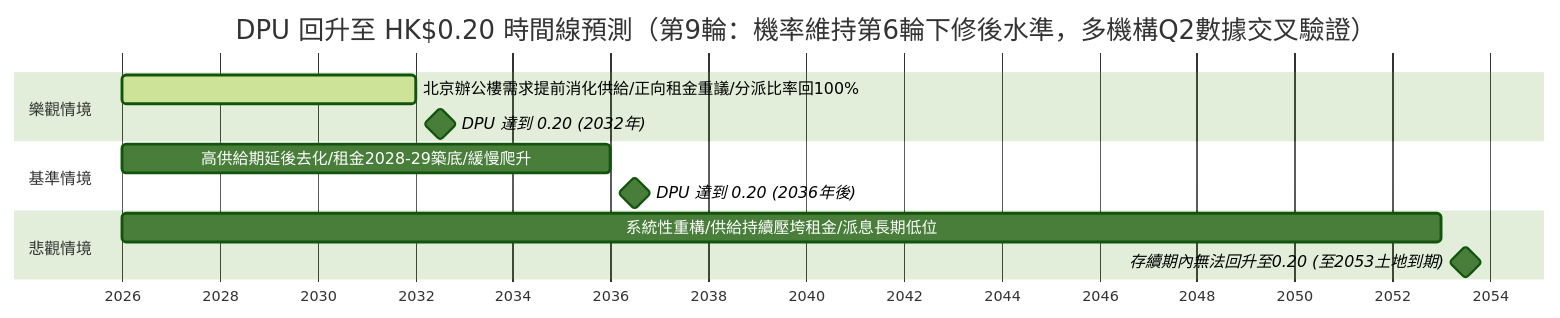
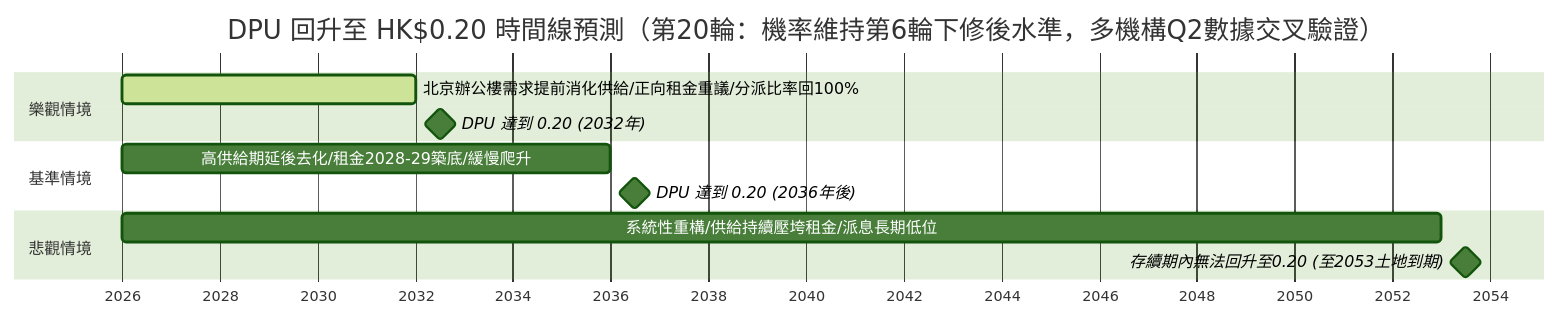
One commit to a9303001/FinancialReport changed the diagram in 01426春泉Reit/hourAnalysisResult.md. Above: the diagram before and after it, drawn with Mermaid (forest theme). The commit also changed other lines of this file, not shown here.

````diff
--- a/01426春泉Reit/hourAnalysisResult.md
+++ b/01426春泉Reit/hourAnalysisResult.md
@@ -98,18 +98,18 @@
 ```mermaid
 gantt
-    title DPU 回升至 HK$0.20 時間線預測（第9輪：機率維持第6輪下修後水準，多機構Q2數據交叉驗證）
+    title DPU 回升至 HK$0.20 時間線預測（第20輪：機率維持第6輪下修後水準，多機構Q2數據交叉驗證）
     dateFormat  YYYY
     axisFormat %Y
 
     section 樂觀情境
     北京辦公樓需求提前消化供給/正向租金重議/分派比率回100% : active, 2026, 2032
     DPU 達到 0.20 (2032年) : milestone, 2032, 1y
 
     section 基準情境
     高供給期延後去化/租金2028-29築底/緩慢爬升 : 2026, 2036
     DPU 達到 0.20 (2036年後) : milestone, 2036, 1y
 
     section 悲觀情境
     系統性重構/供給持續壓垮租金/派息長期低位 : 2026, 2053
     存續期內無法回升至0.20 (至2053土地到期) : milestone, 2053, 1y
 ```
````
